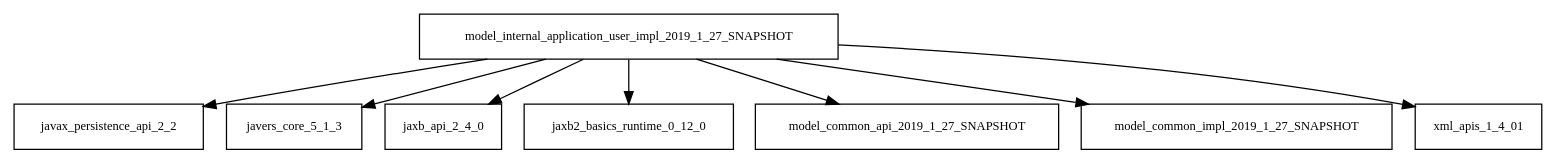
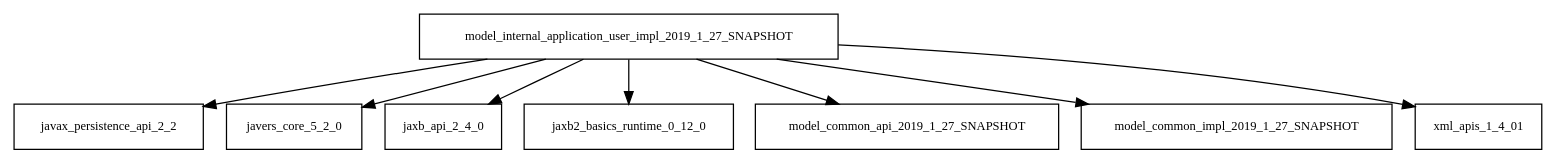
One commit to Hack23/cia changed the diagram in tattleTaleReport/graphviz/model.internal.application.user.impl-2019.1.27-SNAPSHOT.jar/model.internal.application.user.impl-2019.1.27-SNAPSHOT.jar.dot. Above: the diagram before and after it, drawn with Graphviz. The commit also changed 2445 other files, not shown here.

```diff
--- a/tattleTaleReport/graphviz/model.internal.application.user.impl-2019.1.27-SNAPSHOT.jar/model.internal.application.user.impl-2019.1.27-SNAPSHOT.jar.dot
+++ b/tattleTaleReport/graphviz/model.internal.application.user.impl-2019.1.27-SNAPSHOT.jar/model.internal.application.user.impl-2019.1.27-SNAPSHOT.jar.dot
@@ -1,10 +1,10 @@
 digraph model_internal_application_user_impl_2019_1_27_SNAPSHOT_dependencies {
   node [shape = box, fontsize=10.0];
   model_internal_application_user_impl_2019_1_27_SNAPSHOT -> javax_persistence_api_2_2;
-  model_internal_application_user_impl_2019_1_27_SNAPSHOT -> javers_core_5_1_3;
+  model_internal_application_user_impl_2019_1_27_SNAPSHOT -> javers_core_5_2_0;
   model_internal_application_user_impl_2019_1_27_SNAPSHOT -> jaxb_api_2_4_0;
   model_internal_application_user_impl_2019_1_27_SNAPSHOT -> jaxb2_basics_runtime_0_12_0;
   model_internal_application_user_impl_2019_1_27_SNAPSHOT -> model_common_api_2019_1_27_SNAPSHOT;
   model_internal_application_user_impl_2019_1_27_SNAPSHOT -> model_common_impl_2019_1_27_SNAPSHOT;
   model_internal_application_user_impl_2019_1_27_SNAPSHOT -> xml_apis_1_4_01;
 }
```
